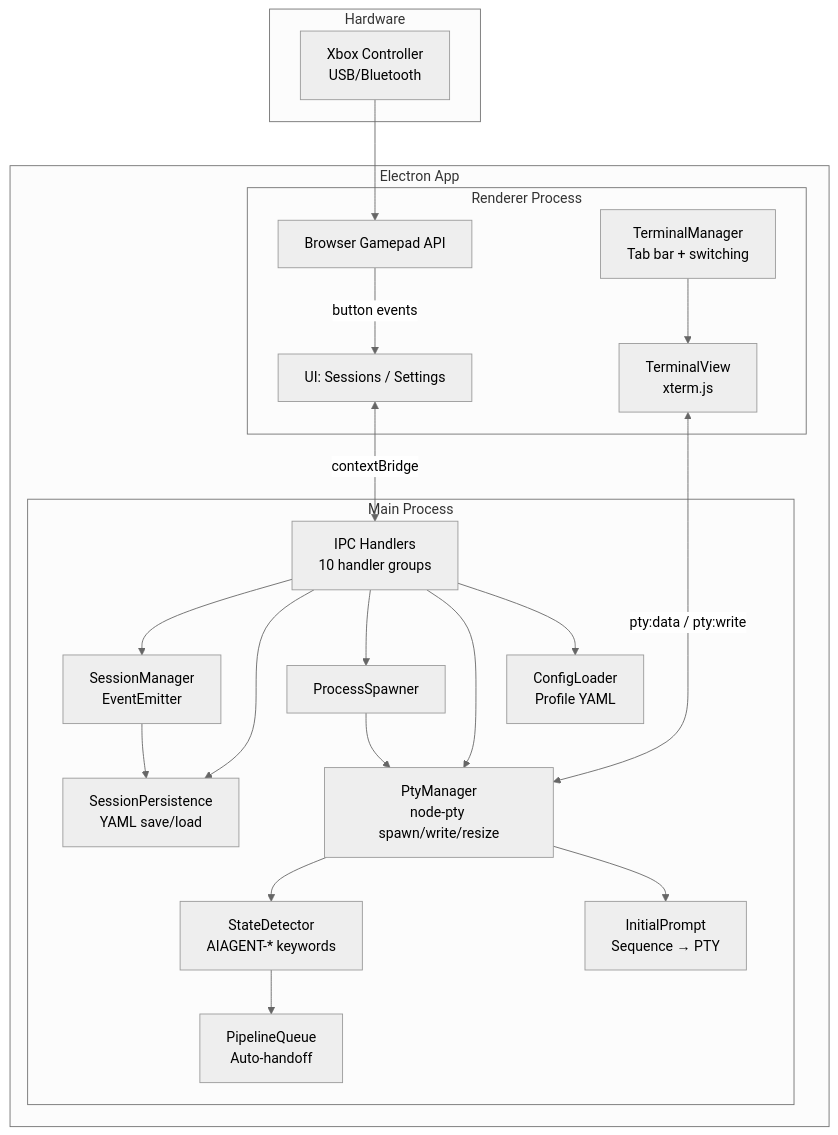
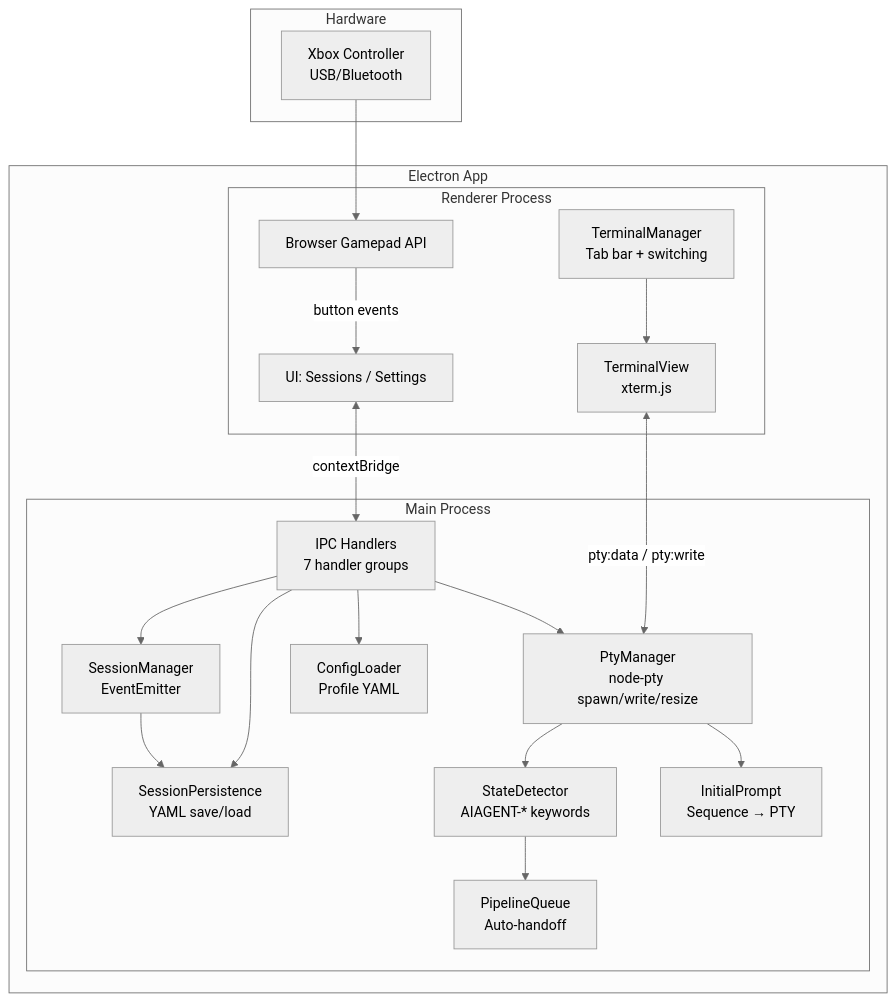
The diagram in CLAUDE.md (PetePeter/gamepad-cli-hub), drawn with Mermaid (neutral theme) before and after one commit. The commit also changed other lines of this file and 20 other files, not shown here.

````diff
--- a/CLAUDE.md
+++ b/CLAUDE.md
@@ -9,44 +9,41 @@
 ```mermaid
 graph TB
     subgraph Hardware
         XC[Xbox Controller<br/>USB/Bluetooth]
     end
 
     subgraph "Electron App"
         subgraph "Renderer Process"
             UI[UI: Sessions / Settings]
             BGA[Browser Gamepad API]
             TM[TerminalManager<br/>Tab bar + switching]
             TV[TerminalView<br/>xterm.js]
         end
 
         subgraph "Main Process"
-            IPC[IPC Handlers<br/>10 handler groups]
+            IPC[IPC Handlers<br/>7 handler groups]
             SM[SessionManager<br/>EventEmitter]
             SP[SessionPersistence<br/>YAML save/load]
-            PS[ProcessSpawner]
             PTY[PtyManager<br/>node-pty spawn/write/resize]
             SD[StateDetector<br/>AIAGENT-* keywords]
             PQ[PipelineQueue<br/>Auto-handoff]
             IP[InitialPrompt<br/>Sequence → PTY]
             CL[ConfigLoader<br/>Profile YAML]
         end
 
         UI <-->|contextBridge| IPC
         BGA -->|button events| UI
         TM --> TV
         TV <-->|pty:data / pty:write| PTY
     end
 
     XC --> BGA
     IPC --> SM
     IPC --> SP
-    IPC --> PS
     IPC --> PTY
     IPC --> CL
     SM --> SP
-    PS --> PTY
     PTY --> SD
     SD --> PQ
     PTY --> IP
 ```
````
